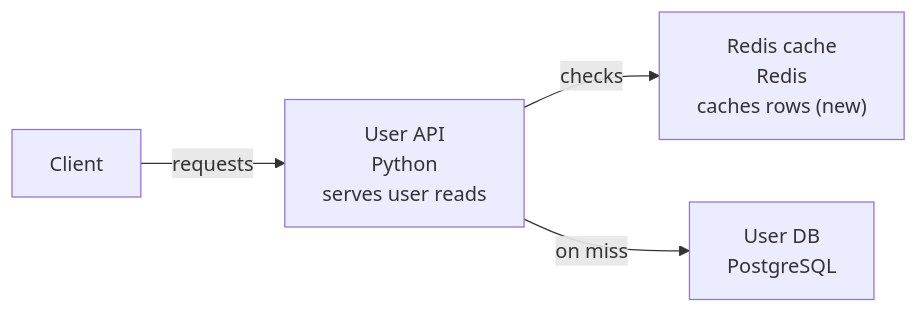
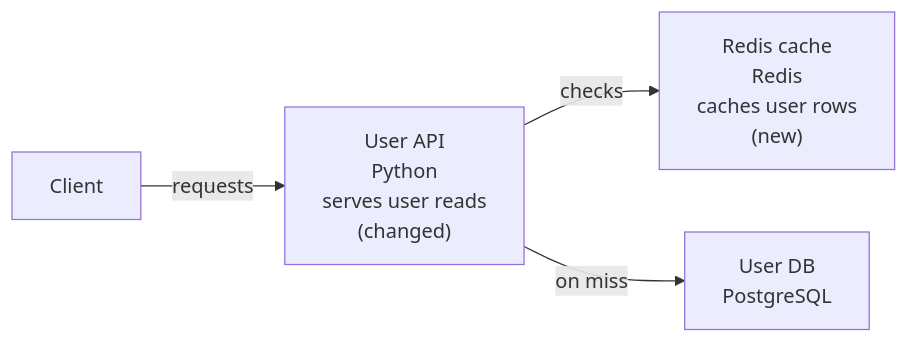
One commit to MattJColes/lgtmaybe changed the first of 2 diagrams in docs/how-to/generate-a-change-diagram.md. Above: the diagram before and after it, drawn with Mermaid. The commit also changed other lines of this file and 5 other files, not shown here.

````diff
--- a/docs/how-to/generate-a-change-diagram.md
+++ b/docs/how-to/generate-a-change-diagram.md
@@ -93,10 +100,10 @@
 ```mermaid
 flowchart LR
-    client["Client"]
-    api["User API<br/>Python<br/>serves user reads"]
-    cache["Redis cache<br/>Redis<br/>caches rows (new)"]
-    db["User DB<br/>PostgreSQL"]
-    client -->|requests| api
-    api -->|checks| cache
-    api -->|on miss| db
+    n0["Client"]
+    n1["User API<br/>Python<br/>serves user reads<br/>(changed)"]
+    n2["Redis cache<br/>Redis<br/>caches user rows<br/>(new)"]
+    n3["User DB<br/>PostgreSQL"]
+    n0 -->|"requests"| n1
+    n1 -->|"checks"| n2
+    n1 -->|"on miss"| n3
 ```
````
